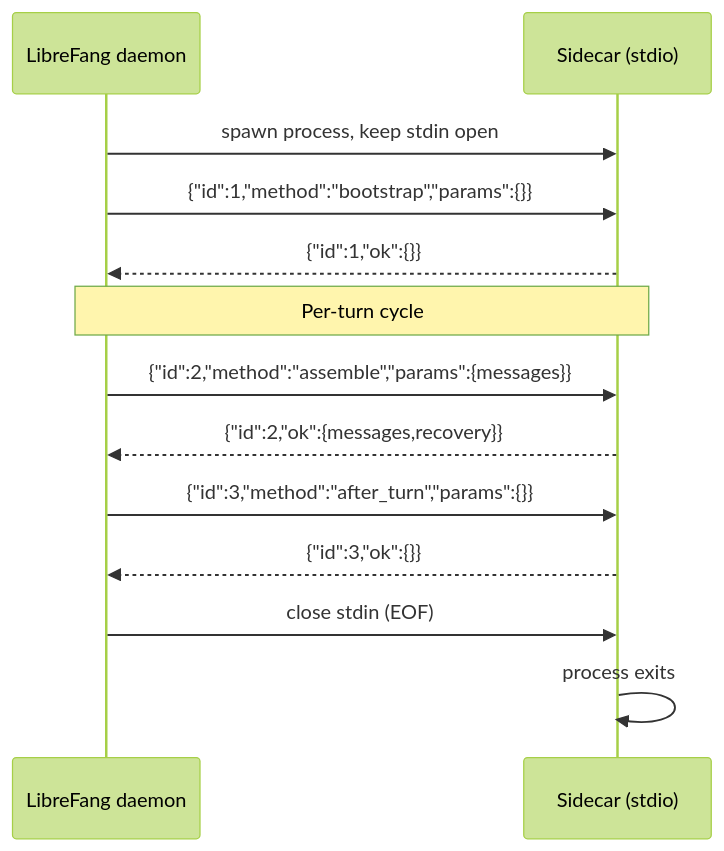
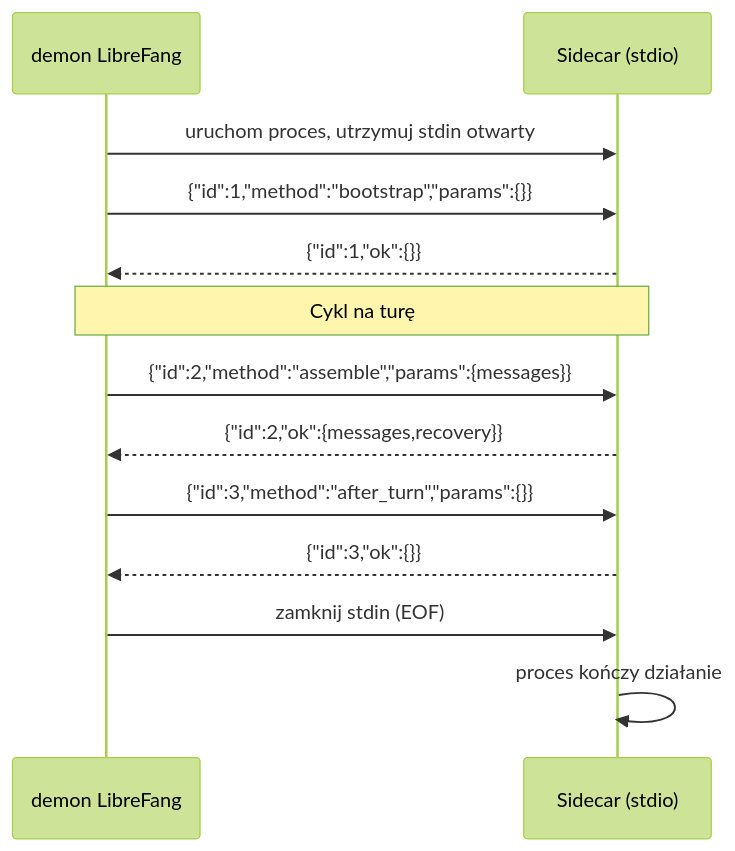
Before and after one commit to leszek3737/librefang-WIki: the diagram in docs-examples.md, drawn with Mermaid (forest theme). The commit also changed other lines of this file and 104 other files, not shown here.

````diff
--- a/docs-examples.md
+++ b/docs-examples.md
@@ -139,15 +139,15 @@
 ```mermaid
 sequenceDiagram
-    participant D as LibreFang daemon
+    participant D as demon LibreFang
     participant S as Sidecar (stdio)
-    D->>S: spawn process, keep stdin open
+    D->>S: uruchom proces, utrzymuj stdin otwarty
     D->>S: {"id":1,"method":"bootstrap","params":{}}
     S-->>D: {"id":1,"ok":{}}
-    Note over D,S: Per-turn cycle
+    Note over D,S: Cykl na turę
     D->>S: {"id":2,"method":"assemble","params":{messages}}
     S-->>D: {"id":2,"ok":{messages,recovery}}
     D->>S: {"id":3,"method":"after_turn","params":{}}
     S-->>D: {"id":3,"ok":{}}
-    D->>S: close stdin (EOF)
-    S->>S: process exits
+    D->>S: zamknij stdin (EOF)
+    S->>S: proces kończy działanie
 ```
````
